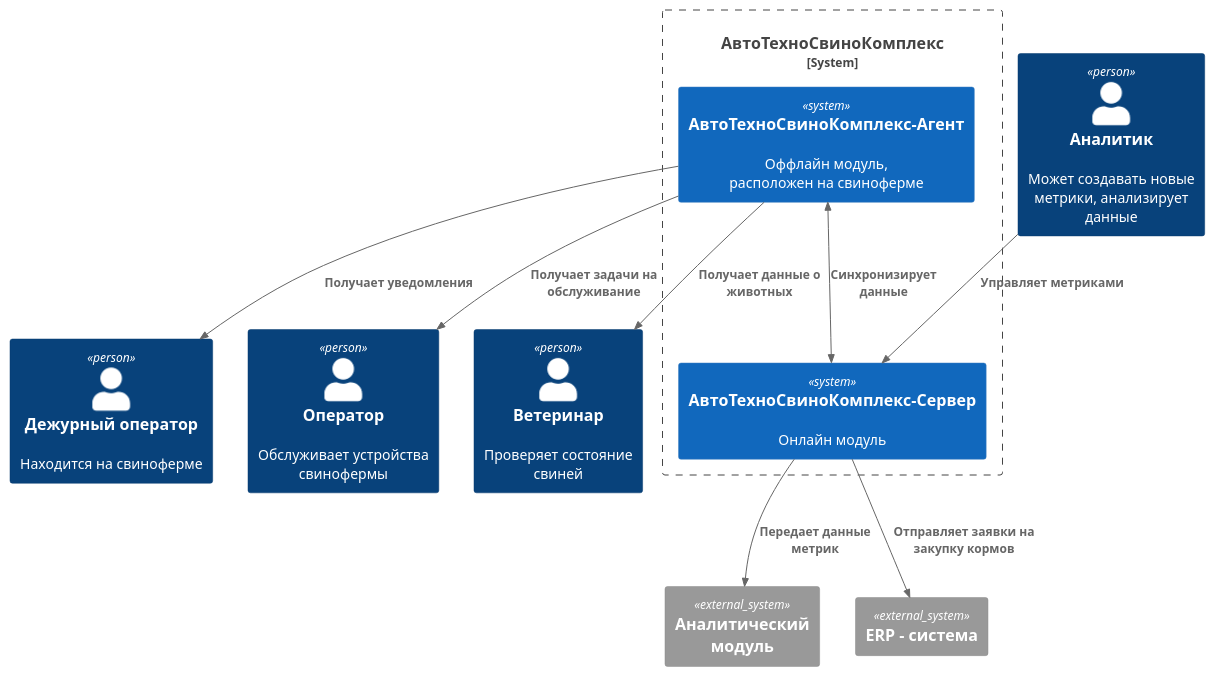
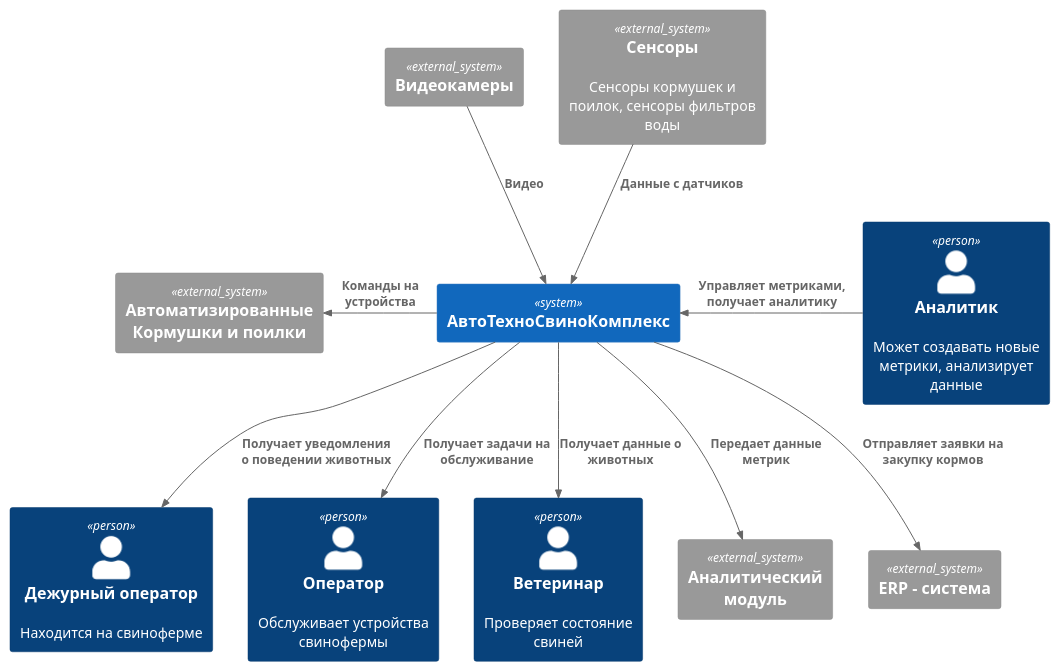
Before and after one commit to mirray/MSA-AgroTech: the diagram in Task1/ATCK_C4_Context_alternative.puml, drawn with PlantUML. The commit also changed 1 other file, not shown here.

```diff
--- a/Task1/ATCK_C4_Context_alternative.puml
+++ b/Task1/ATCK_C4_Context_alternative.puml
@@ -1,23 +1,27 @@
 @startuml Архитектура_АвтоТехноСвиноКомплекс_v1_Альтернативное_Решение
 !include  <C4/C4_Context>
+
 Person(duty_operator, "Дежурный оператор", "Находится на свиноферме")
 Person(analytic, "Аналитик", "Может создавать новые метрики, анализирует данные")
 Person(operator, "Оператор", "Обслуживает устройства свинофермы")
 Person(vet, "Ветеринар", "Проверяет состояние свиней")
 
-System_Boundary(atck, "АвтоТехноСвиноКомплекс"){
-    System(atck_agent, "АвтоТехноСвиноКомплекс-Агент", "Оффлайн модуль, расположен на свиноферме")
-    System(atck_server, "АвтоТехноСвиноКомплекс-Сервер", "Онлайн модуль")
-    BiRel(atck_agent, atck_server, "Синхронизирует данные")
-}
-
+System(atck, "АвтоТехноСвиноКомплекс")
 System_Ext(analytic_module, "Аналитический модуль")
 System_Ext(erp, "ERP - система")
 
-Rel(atck_agent, duty_operator, "Получает уведомления")
-Rel(atck_agent, operator, "Получает задачи на обслуживание")
-Rel(atck_agent, vet, "Получает данные о животных")
-Rel(analytic, atck_server, "Управляет метриками")
-Rel(atck_server, analytic_module, "Передает данные метрик")
-Rel(atck_server, erp, "Отправляет заявки на закупку кормов")
+System_Ext(cameras, "Видеокамеры")
+System_Ext(iot_sensors, "Сенсоры", "Сенсоры кормушек и поилок, сенсоры фильтров воды")
+System_Ext(iot_devices, "Автоматизированные Кормушки и поилки")
+
+Rel_D(cameras, atck, "Видео")
+Rel_D(iot_sensors, atck, "Данные с датчиков")
+Rel_L(atck, iot_devices, "Команды на устройства")
+Rel_D(atck, duty_operator, "Получает уведомления о поведении животных")
+Rel_D(atck, operator, "Получает задачи на обслуживание")
+Rel_D(atck, vet, "Получает данные о животных")
+Rel_L(analytic, atck, "Управляет метриками, получает аналитику")
+Rel(atck, analytic_module, "Передает данные метрик")
+Rel(atck, erp, "Отправляет заявки на закупку кормов")
+
 @enduml
```
